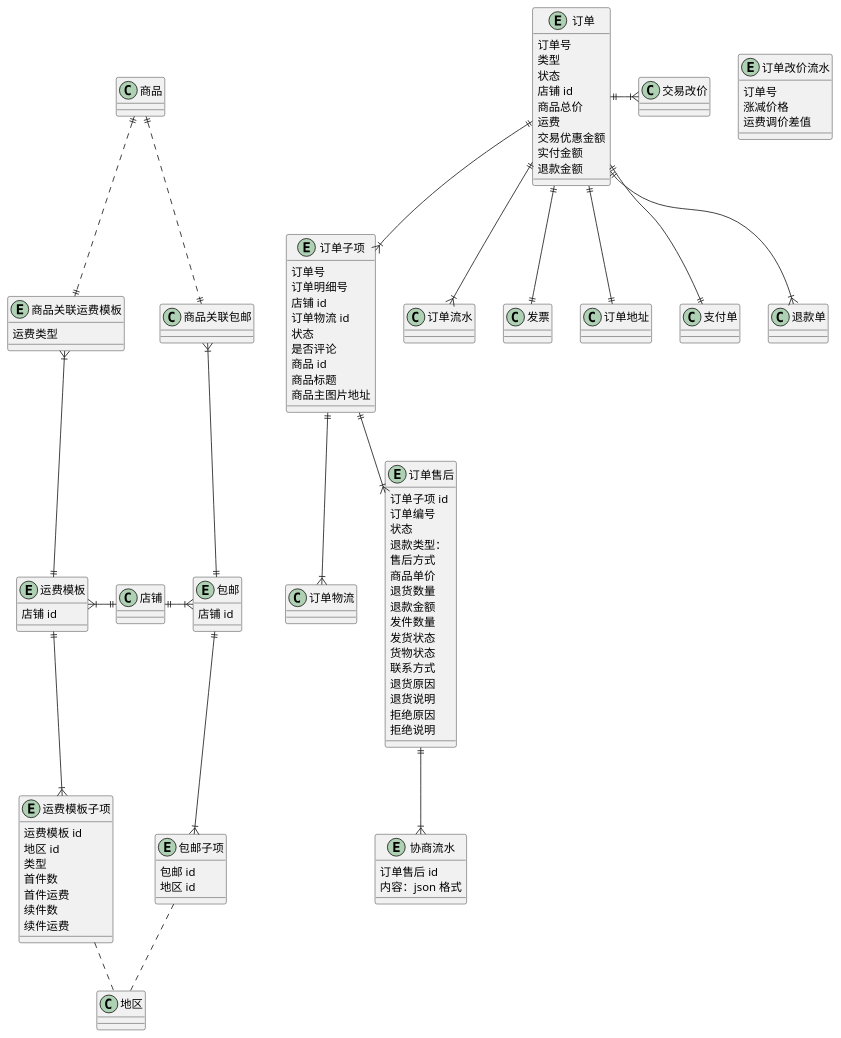
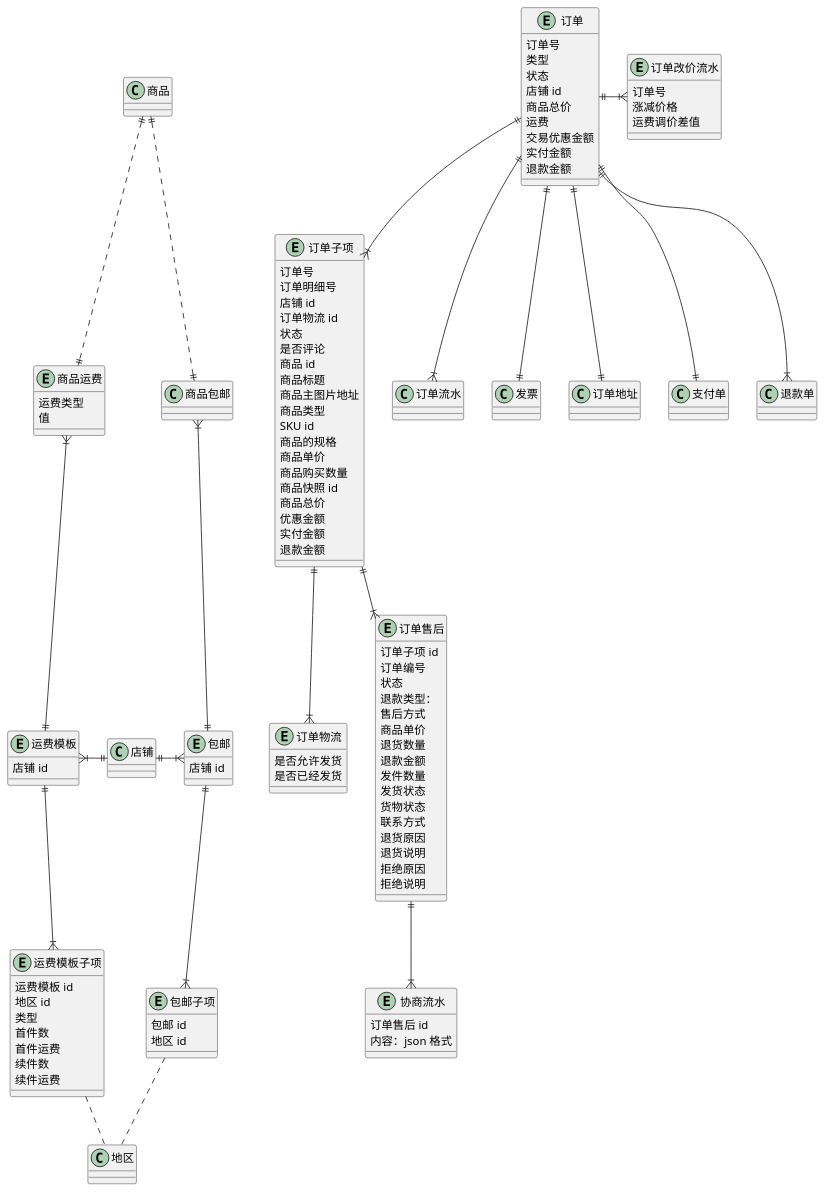
One commit to awesomecat2020/mock-mall changed the diagram in 订单.wsd. Above: the diagram before and after it, drawn with PlantUML. The commit also changed 1 other file, not shown here.

```diff
--- a/订单.wsd
+++ b/订单.wsd
@@ -1,128 +1,144 @@
 @startuml 订单UML
 
 ' ==================== 订单 ====================
 entity 订单 {
     订单号
     ' 普通/拼团/代付/送礼/社区团购/海淘/秒杀
     类型
     ' 待付款/待发货/待收货/已完成/已关闭
     状态
     店铺 id
     商品总价
     运费
     交易优惠金额
     ' totalFee + postFee - discountFee
     实付金额
     退款金额
 }
 entity 订单子项 {
     订单号
     订单明细号
     店铺 id
     订单物流 id
     ' 待付款/待发货/待收货/已完成/已关闭
     状态
     是否评论
     商品 id
     商品标题
     商品主图片地址
+    商品类型
+    SKU id
+    商品的规格
+    商品单价
+    商品购买数量
+    商品快照 id
+    商品总价
+    优惠金额
+    实付金额
+    退款金额
+}
+entity 订单物流 {
+    是否允许发货
+    是否已经发货
 }
 entity 订单改价流水 {
     订单号
     涨减价格
     运费调价差值
 }
 
 订单 ||--|{ 订单子项
 订单 ||--|{ 订单流水
 订单 ||--|| 发票
 订单 ||--|| 订单地址
 订单子项 ||--|{ 订单物流
 订单 ||--|| 支付单
 订单 ||--|{ 退款单
-订单 ||-|{ 交易改价
+订单 ||-|{ 订单改价流水
 
 
 ' ==================== 订单售后 ====================
 entity 订单售后 {
     订单子项 id
     订单编号
     ' 待卖家审核
     ' 待买家发货
     ' 待卖家收货
     ' 待买家收货
     ' 售后成功
     ' 卖家拒绝售后
     ' 卖家拒绝收货
     ' 售后关闭
     状态
     ' 售中退款/售后退款
     退款类型：
     ' 未介入/介入中/介入结束
     ' 客服介入状态
     ' 仅退款/退货退款/换货
     售后方式
     商品单价
     退货数量
     退款金额
     发件数量
     ' 未发货/已发货
     发货状态
     ' /已收到货
     货物状态
     联系方式
     退货原因
     退货说明
     拒绝原因
     拒绝说明
 }
 entity 协商流水 {
     订单售后 id
     内容：json 格式
 }
 
 订单子项 ||--|{ 订单售后
 订单售后 ||--|{ 协商流水
 
 
 ' ==================== 运费模版 ====================
 entity 运费模板 {
     店铺 id
 }
 entity 运费模板子项 {
     运费模板 id
     地区 id
     ' 按件/按重量
     类型
     首件数
     首件运费
     续件数
     续件运费
 }
-entity 商品关联运费模板 {
+entity 商品运费 {
     运费类型
+    ' 运费/运费模版id
+    值
 }
 
-运费模板 ||-u-|{ 商品关联运费模板
-商品关联运费模板 ||.u.|| 商品
+运费模板 ||-u-|{ 商品运费
+商品运费 ||.u.|| 商品
 运费模板 }|-r-|| 店铺
 运费模板 ||--|{ 运费模板子项
 运费模板子项 .. 地区
 
 
 ' ==================== 包邮模板 ====================
 entity 包邮 {
     店铺 id
 }
 entity 包邮子项 {
     包邮 id
     地区 id
 }
 
-包邮 ||-u-|{ 商品关联包邮
-商品关联包邮 ||.u.|| 商品
+包邮 ||-u-|{ 商品包邮
+商品包邮 ||.u.|| 商品
 包邮 }|-l-|| 店铺
 包邮 ||--|{ 包邮子项
 包邮子项 .. 地区
 
 @enduml
```
